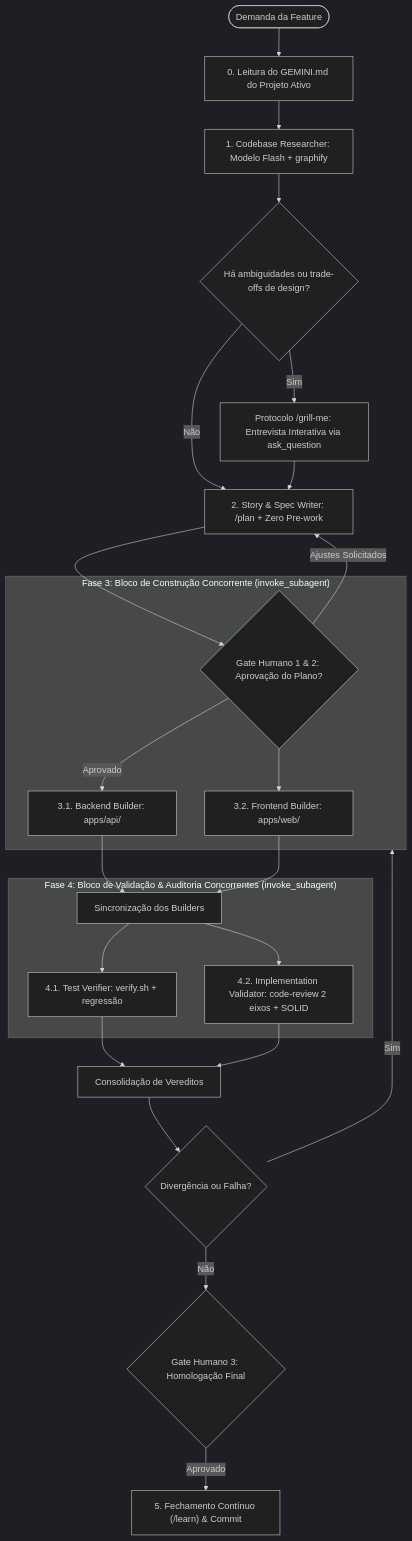
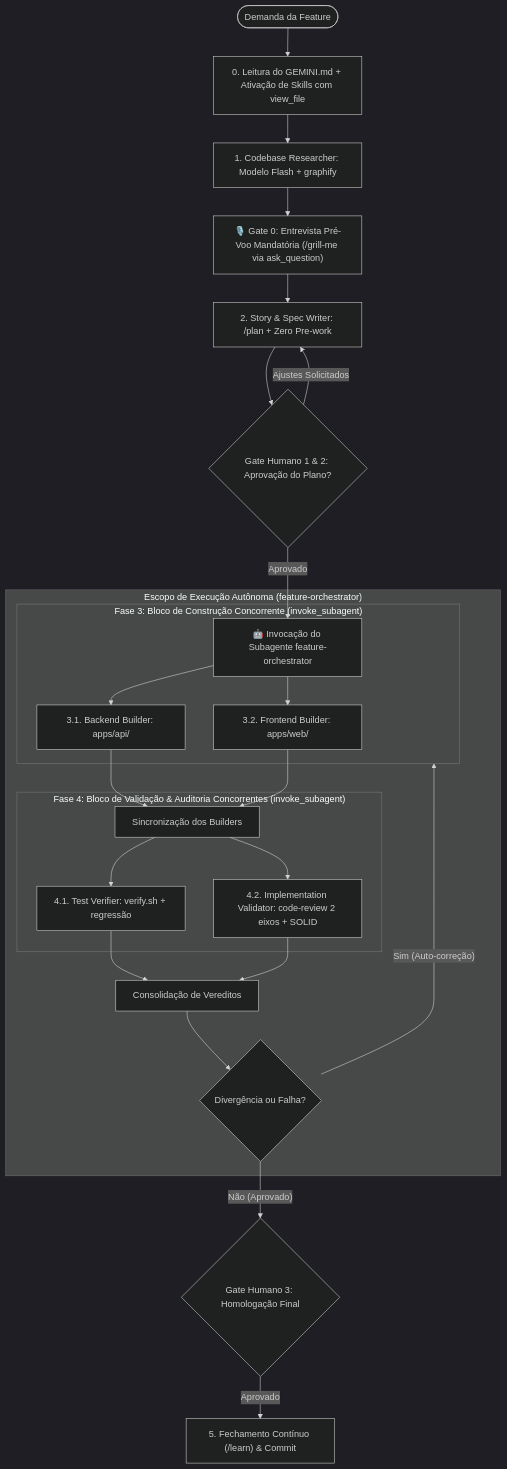
Before and after one commit to luis-henrique-carvalho/tiktok-gamer-lives: the diagram in .agents/skills/feature-factory/SKILL.md, drawn with Mermaid (dark theme). The commit also changed other lines of this file and 7 other files, not shown here.

Commit message:
chore(governance): enforce mandatory Gate 0 (/grill-me), feature-orchestrator subagent, and Passo 0 skill activation

````diff
--- a/.agents/skills/feature-factory/SKILL.md
+++ b/.agents/skills/feature-factory/SKILL.md
@@ -54,34 +54,36 @@
 ```mermaid
 flowchart TD
-    START([Demanda da Feature]) --> FASE0[0. Leitura do GEMINI.md do Projeto Ativo]
+    START([Demanda da Feature]) --> FASE0[0. Leitura do GEMINI.md + Ativação de Skills com view_file]
     FASE0 --> FASE1[1. Codebase Researcher: Modelo Flash + graphify]
-    FASE1 --> DECISAO_CHECK{Há ambiguidades ou trade-offs de design?}
-    
-    DECISAO_CHECK -- "Sim" --> GRILL_ME[Protocolo /grill-me: Entrevista Interativa via ask_question]
-    DECISAO_CHECK -- "Não" --> FASE2[2. Story & Spec Writer: /plan + Zero Pre-work]
-    GRILL_ME --> FASE2
+    FASE1 --> GRILL_ME["🎙️ Gate 0: Entrevista Pré-Voo Mandatória (/grill-me via ask_question)"]
+    GRILL_ME --> FASE2[2. Story & Spec Writer: /plan + Zero Pre-work]
     
     FASE2 --> GATE1{Gate Humano 1 & 2: Aprovação do Plano?}
     GATE1 -- "Ajustes Solicitados" --> FASE2
     
-    subgraph FASE3 ["Fase 3: Bloco de Construção Concorrente (invoke_subagent)"]
-        GATE1 -- "Aprovado" --> FASE3_BE[3.1. Backend Builder: apps/api/]
-        GATE1 --> FASE3_FE[3.2. Frontend Builder: apps/web/]
+    GATE1 -- "Aprovado" --> ORCH["🤖 Invocação do Subagente feature-orchestrator"]
+    
+    subgraph ORCH_SCOPE ["Escopo de Execução Autônoma (feature-orchestrator)"]
+        subgraph FASE3 ["Fase 3: Bloco de Construção Concorrente (invoke_subagent)"]
+            ORCH --> FASE3_BE[3.1. Backend Builder: apps/api/]
+            ORCH --> FASE3_FE[3.2. Frontend Builder: apps/web/]
+        end
+        
+        FASE3_BE --> SYNC_BUILD[Sincronização dos Builders]
+        FASE3_FE --> SYNC_BUILD
+        
+        subgraph FASE4 ["Fase 4: Bloco de Validação & Auditoria Concorrentes (invoke_subagent)"]
+            SYNC_BUILD --> FASE4_TEST[4.1. Test Verifier: verify.sh + regressão]
+            SYNC_BUILD --> FASE4_VAL[4.2. Implementation Validator: code-review 2 eixos + SOLID]
+        end
+        
+        FASE4_TEST --> SYNC_VAL[Consolidação de Vereditos]
+        FASE4_VAL --> SYNC_VAL
+        
+        SYNC_VAL --> CHECK_FAIL{Divergência ou Falha?}
+        CHECK_FAIL -- "Sim (Auto-correção)" --> FASE3
     end
     
-    FASE3_BE --> SYNC_BUILD[Sincronização dos Builders]
-    FASE3_FE --> SYNC_BUILD
-    
-    subgraph FASE4 ["Fase 4: Bloco de Validação & Auditoria Concorrentes (invoke_subagent)"]
-        SYNC_BUILD --> FASE4_TEST[4.1. Test Verifier: verify.sh + regressão]
-        SYNC_BUILD --> FASE4_VAL[4.2. Implementation Validator: code-review 2 eixos + SOLID]
-    end
-    
-    FASE4_TEST --> SYNC_VAL[Consolidação de Vereditos]
-    FASE4_VAL --> SYNC_VAL
-    
-    SYNC_VAL --> CHECK_FAIL{Divergência ou Falha?}
-    CHECK_FAIL -- "Sim" --> FASE3
-    CHECK_FAIL -- "Não" --> GATE3{Gate Humano 3: Homologação Final}
+    CHECK_FAIL -- "Não (Aprovado)" --> GATE3{Gate Humano 3: Homologação Final}
     GATE3 -- "Aprovado" --> FASE5["5. Fechamento Contínuo (/learn) & Commit"]
 ```
````
